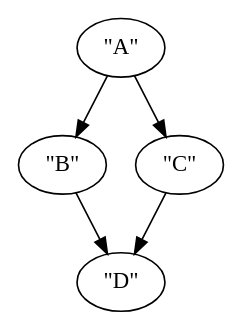
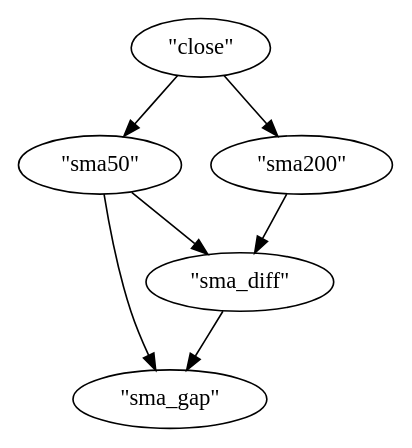
Before and after one commit to luckless-finance/bot: the diagram in expected_output.dot, drawn with Graphviz. The commit also changed 2 other files, not shown here.

```diff
--- a/expected_output.dot
+++ b/expected_output.dot
@@ -1,10 +1,13 @@
 digraph {
-    0 [ label = "\"A\"" ]
-    1 [ label = "\"B\"" ]
-    2 [ label = "\"C\"" ]
-    3 [ label = "\"D\"" ]
-    0 -> 1 [ ]
-    0 -> 2 [ ]
-    1 -> 3 [ ]
-    2 -> 3 [ ]
+    0 [ label = "\"sma_gap\"" ]
+    1 [ label = "\"sma_diff\"" ]
+    2 [ label = "\"sma50\"" ]
+    3 [ label = "\"sma200\"" ]
+    4 [ label = "\"close\"" ]
+    1 -> 0 [ ]
+    2 -> 0 [ ]
+    2 -> 1 [ ]
+    3 -> 1 [ ]
+    4 -> 2 [ ]
+    4 -> 3 [ ]
 }
```
